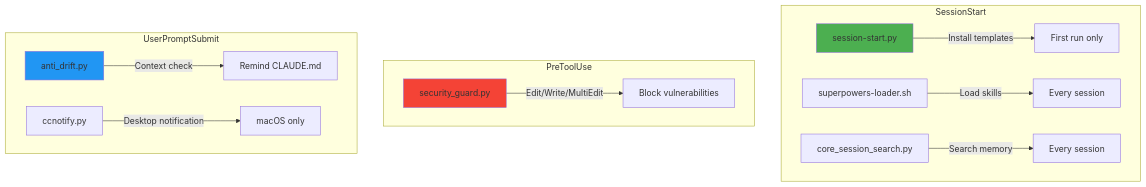
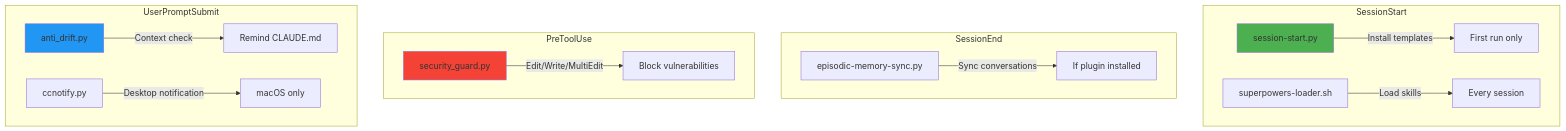
One commit to Dario-Arcos/ai-framework changed the fourth of 5 diagrams in docs/architecture.md. Above: the diagram before and after it, drawn with Mermaid. The commit also changed other lines of this file and 1 other file, not shown here.

First line of the commit message:
docs: remove stale references to deprecated memory components

````diff
--- a/docs/architecture.md
+++ b/docs/architecture.md
@@ -168,21 +166,24 @@
 ```mermaid
 graph TD
     subgraph "SessionStart"
         SS1[session-start.py] -->|"Install templates"| T1[First run only]
         SS2[superpowers-loader.sh] -->|"Load skills"| T2[Every session]
-        SS3[core_session_search.py] -->|"Search memory"| T3[Every session]
+    end
+
+    subgraph "SessionEnd"
+        SE1[episodic-memory-sync.py] -->|"Sync conversations"| T3[If plugin installed]
     end
 
     subgraph "PreToolUse"
         PT1[security_guard.py] -->|"Edit/Write/MultiEdit"| T4[Block vulnerabilities]
     end
 
     subgraph "UserPromptSubmit"
         UP1[anti_drift.py] -->|"Context check"| T5[Remind CLAUDE.md]
         UP2[ccnotify.py] -->|"Desktop notification"| T6[macOS only]
     end
 
     style SS1 fill:#4caf50
     style PT1 fill:#f44336
     style UP1 fill:#2196f3
 ```
````
